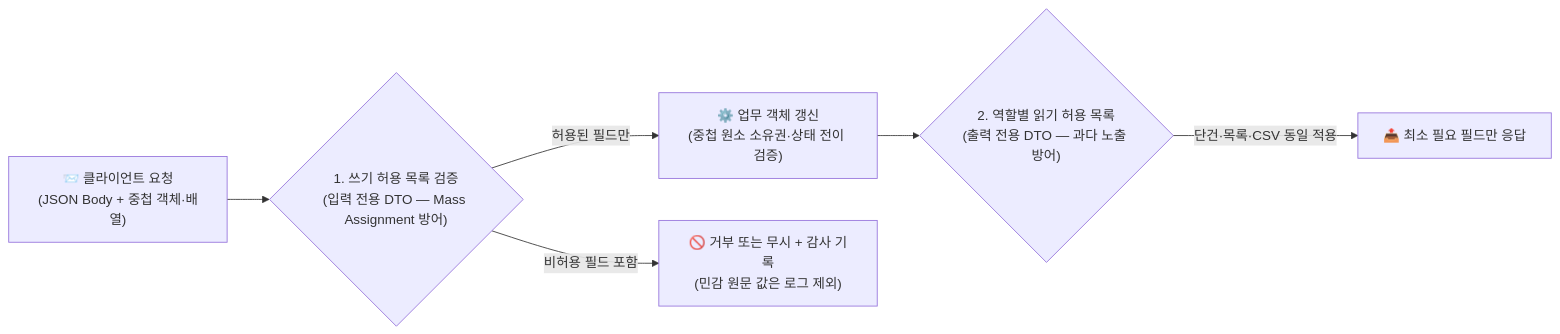
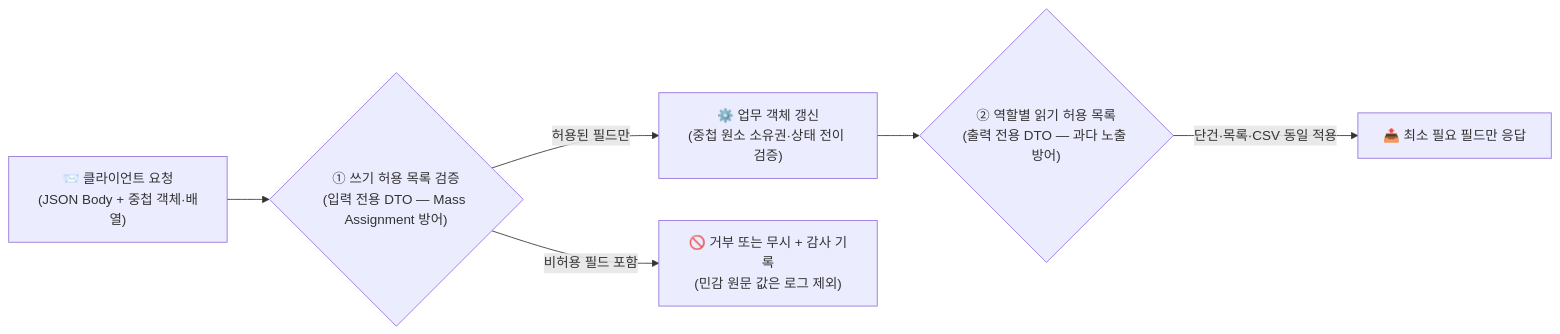
One commit to gooyong-sec/gooyong-sec.github.io changed the diagram in content/웹취약점/웹 취약점 진단 API편 — Mass Assignment와 필드 단위 인가(BOPLA).md. Above: the diagram before and after it, drawn with Mermaid. The commit also changed 28 other files, not shown here.

First line of the commit message:
fix: eliminate remaining mermaid markdown-list misparse across all diagrams

````diff
--- a/content/웹취약점/웹 취약점 진단 API편 — Mass Assignment와 필드 단위 인가(BOPLA).md
+++ b/content/웹취약점/웹 취약점 진단 API편 — Mass Assignment와 필드 단위 인가(BOPLA).md
@@ -19,8 +19,8 @@
 ```mermaid
 flowchart LR
-    Req["📨 클라이언트 요청<br/>(JSON Body + 중첩 객체·배열)"] --> W{"1. 쓰기 허용 목록 검증<br/>(입력 전용 DTO — Mass Assignment 방어)"}
+    Req["📨 클라이언트 요청<br/>(JSON Body + 중첩 객체·배열)"] --> W{"① 쓰기 허용 목록 검증<br/>(입력 전용 DTO — Mass Assignment 방어)"}
     W -->|"허용된 필드만"| Update["⚙️ 업무 객체 갱신<br/>(중첩 원소 소유권·상태 전이 검증)"]
     W -->|"비허용 필드 포함"| Reject["🚫 거부 또는 무시 + 감사 기록<br/>(민감 원문 값은 로그 제외)"]
-    Update --> R{"2. 역할별 읽기 허용 목록<br/>(출력 전용 DTO — 과다 노출 방어)"}
+    Update --> R{"② 역할별 읽기 허용 목록<br/>(출력 전용 DTO — 과다 노출 방어)"}
     R -->|"단건·목록·CSV 동일 적용"| Resp["📤 최소 필요 필드만 응답"]
 ```
````
